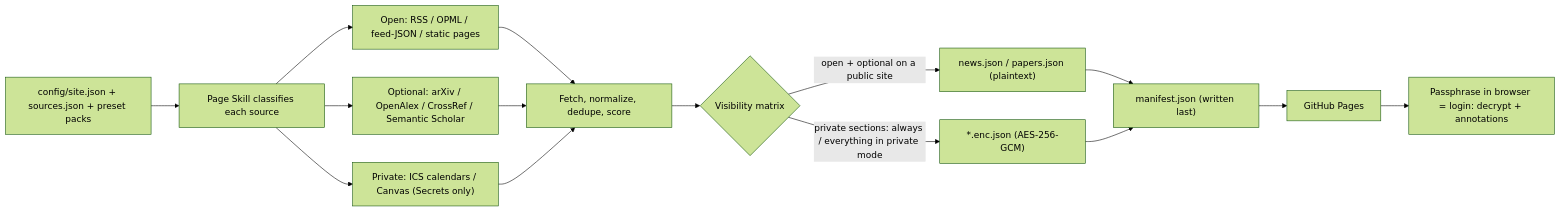
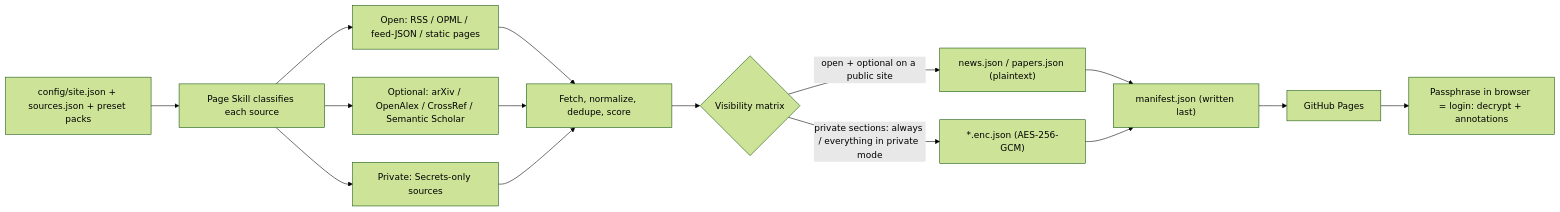
One commit to PleiadesM/Relevance changed the diagram in README.md. Above: the diagram before and after it, drawn with Mermaid (forest theme). The commit also changed other lines of this file and 64 other files, not shown here.

First line of the commit message:
Remove Schedule and Courses (ics/canvas) across pipeline, frontend, docs, and tests

````diff
--- a/README.md
+++ b/README.md
@@ -149,21 +145,21 @@
 ```mermaid
 flowchart LR
     config["config/site.json + sources.json + preset packs"] --> classify["Page Skill classifies each source"]
 
     classify --> open["Open: RSS / OPML / feed-JSON / static pages"]
     classify --> optional["Optional: arXiv / OpenAlex / CrossRef / Semantic Scholar"]
-    classify --> private["Private: ICS calendars / Canvas (Secrets only)"]
+    classify --> private["Private: Secrets-only sources"]
 
     open --> pipeline["Fetch, normalize, dedupe, score"]
     optional --> pipeline
     private --> pipeline
 
     pipeline --> matrix{"Visibility matrix"}
     matrix -->|"open + optional on a public site"| plain["news.json / papers.json (plaintext)"]
     matrix -->|"private sections: always / everything in private mode"| enc["*.enc.json (AES-256-GCM)"]
 
     plain --> manifest["manifest.json (written last)"]
     enc --> manifest
     manifest --> pages["GitHub Pages"]
     pages --> unlock["Passphrase in browser = login: decrypt + annotations"]
 ```
````
